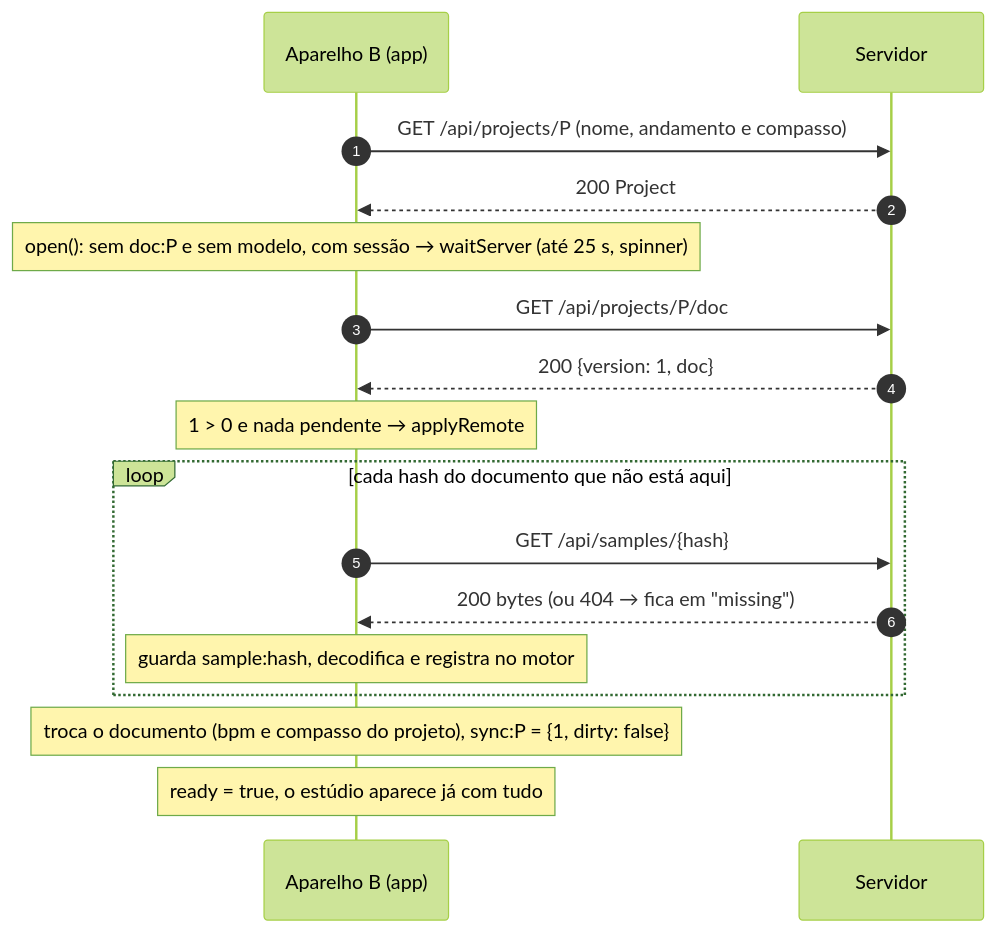
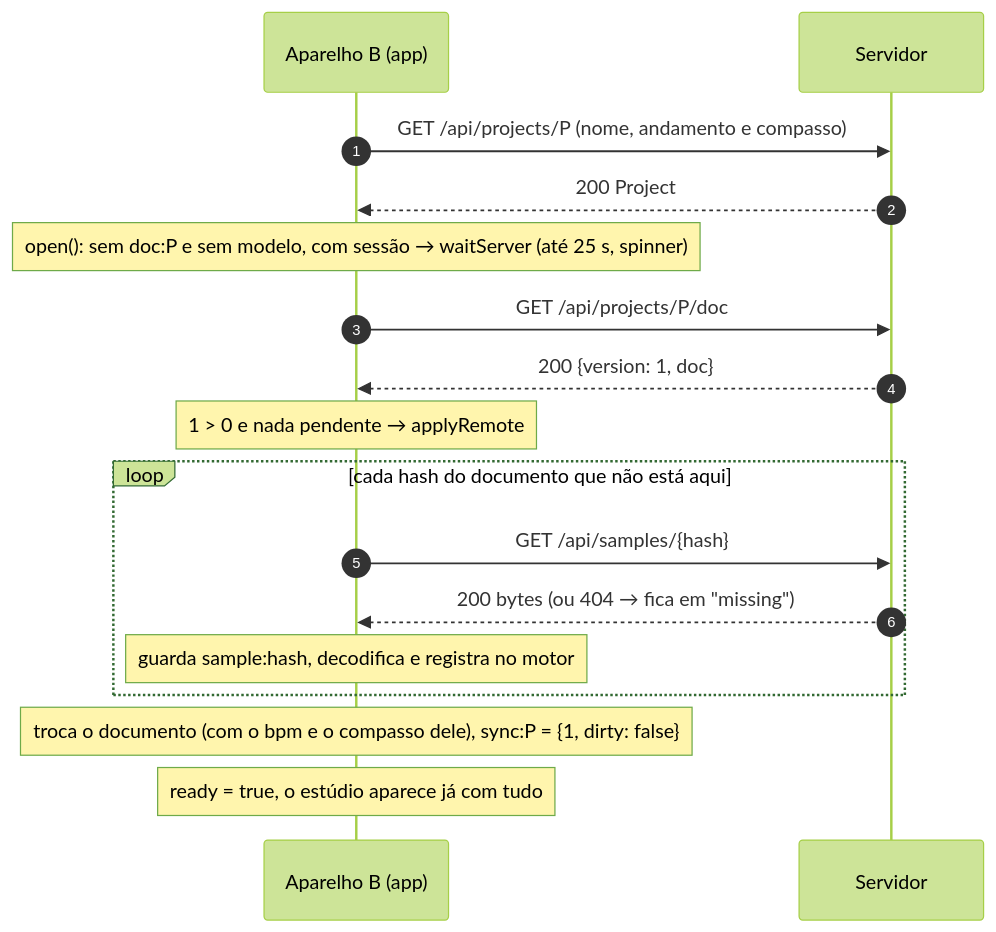
Before and after one commit to JoaoHenriqueBarbosa/jopendaw: the third of 8 diagrams in docs/dev/12-sincronizacao.md, drawn with Mermaid (forest theme). The commit also changed other lines of this file and 37 other files, not shown here.

````diff
--- a/docs/dev/12-sincronizacao.md
+++ b/docs/dev/12-sincronizacao.md
@@ -184,20 +217,20 @@
 ```mermaid
 sequenceDiagram
     autonumber
     participant B as Aparelho B (app)
     participant S as Servidor
 
     B->>S: GET /api/projects/P (nome, andamento e compasso)
     S-->>B: 200 Project
     Note over B: open(): sem doc:P e sem modelo, com sessão → waitServer (até 25 s, spinner)
     B->>S: GET /api/projects/P/doc
     S-->>B: 200 {version: 1, doc}
     Note over B: 1 > 0 e nada pendente → applyRemote
     loop cada hash do documento que não está aqui
         B->>S: GET /api/samples/{hash}
         S-->>B: 200 bytes (ou 404 → fica em "missing")
         Note over B: guarda sample:hash, decodifica e registra no motor
     end
-    Note over B: troca o documento (bpm e compasso do projeto), sync:P = {1, dirty: false}
+    Note over B: troca o documento (com o bpm e o compasso dele), sync:P = {1, dirty: false}
     Note over B: ready = true, o estúdio aparece já com tudo
 ```
````
